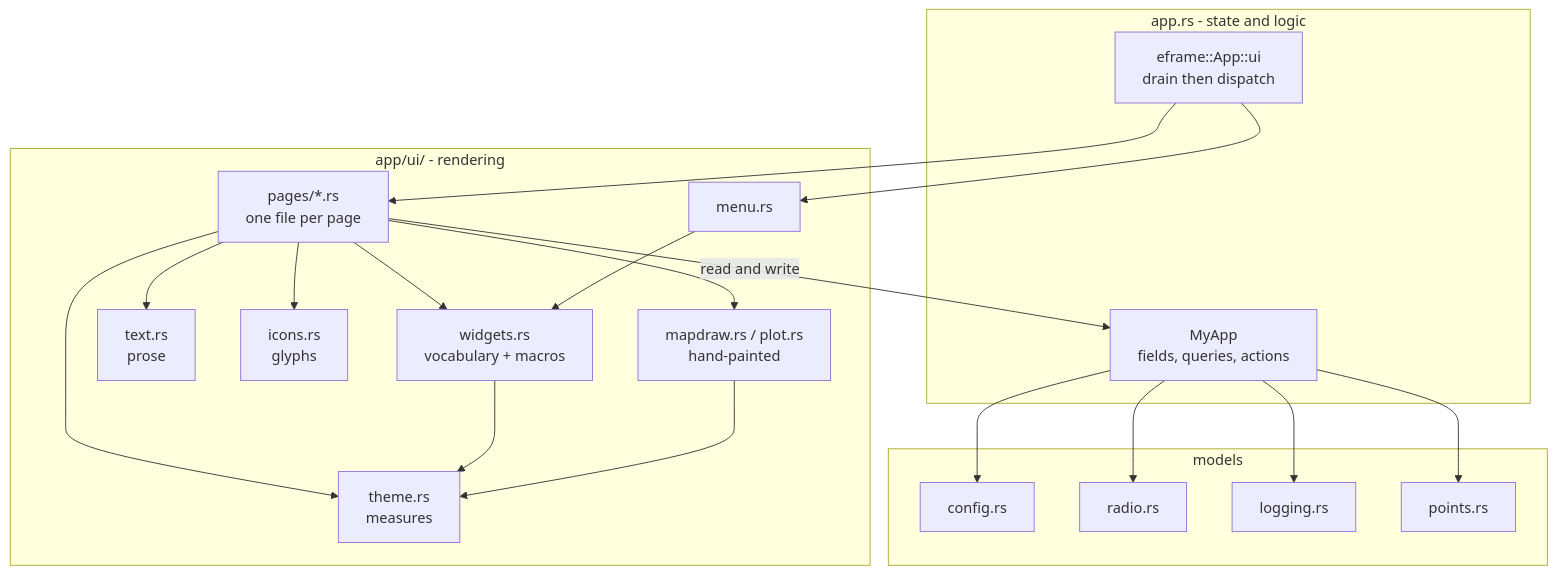
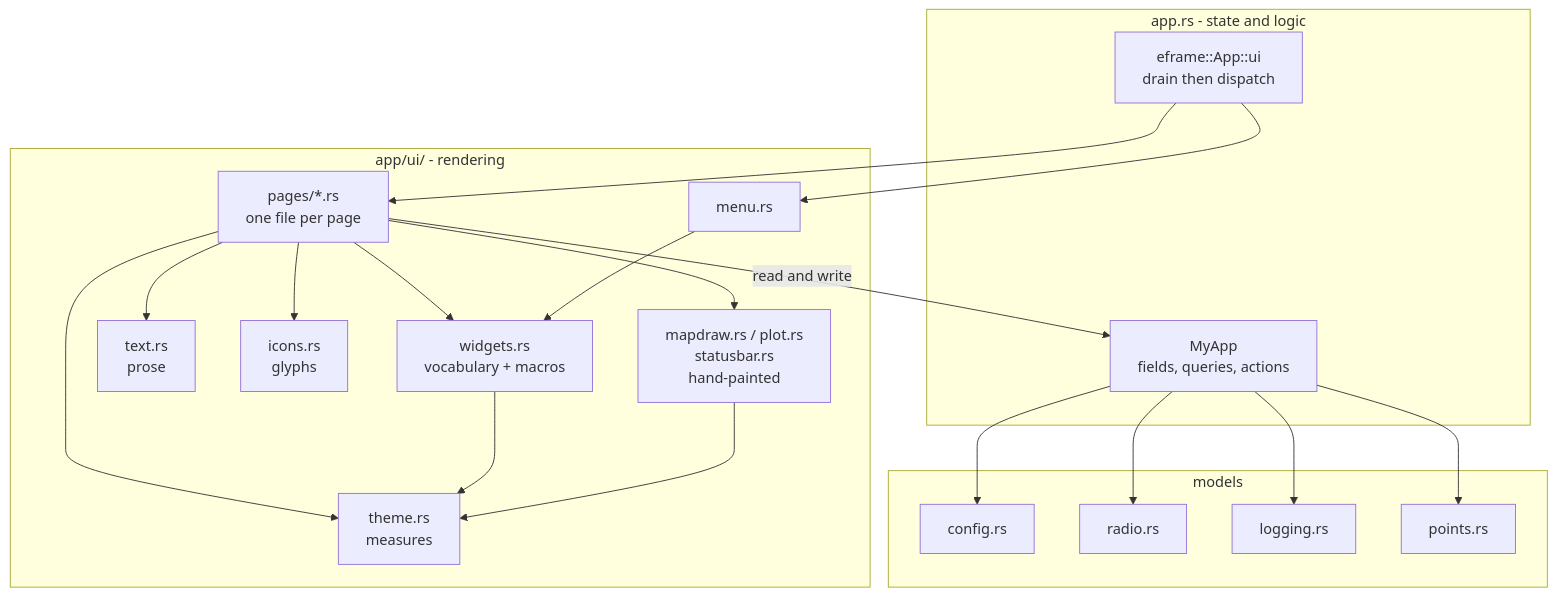
Before and after one commit to Telemety-In-Midair/gps-gui-rs: the diagram in docs/ui.md, drawn with Mermaid. The commit also changed other lines of this file and 10 other files, not shown here.

````diff
--- a/docs/ui.md
+++ b/docs/ui.md
@@ -43,38 +44,38 @@
 ```mermaid
 graph TD
     subgraph state["app.rs - state and logic"]
         MyApp["MyApp<br/>fields, queries, actions"]
         Loop["eframe::App::ui<br/>drain then dispatch"]
     end
     subgraph view["app/ui/ - rendering"]
         Pages["pages/*.rs<br/>one file per page"]
         Widgets["widgets.rs<br/>vocabulary + macros"]
         Theme["theme.rs<br/>measures"]
         Text["text.rs<br/>prose"]
         Icons["icons.rs<br/>glyphs"]
         Menu["menu.rs"]
-        Draw["mapdraw.rs / plot.rs<br/>hand-painted"]
+        Draw["mapdraw.rs / plot.rs<br/>statusbar.rs<br/>hand-painted"]
     end
     subgraph model["models"]
         Config["config.rs"]
         Radio["radio.rs"]
         Logging["logging.rs"]
         Points["points.rs"]
     end
 
     Loop --> Pages
     Loop --> Menu
     Pages --> Widgets
     Pages --> Theme
     Pages --> Text
     Pages --> Icons
     Pages --> Draw
     Menu --> Widgets
     Widgets --> Theme
     Draw --> Theme
     Pages -->|read and write| MyApp
     MyApp --> Config
     MyApp --> Radio
     MyApp --> Logging
     MyApp --> Points
 ```
````
